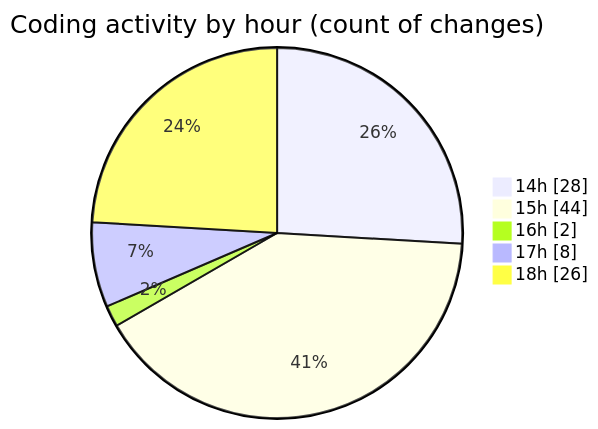
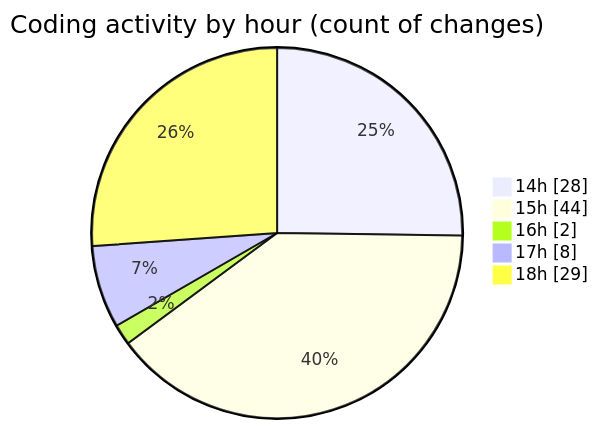
Before and after one commit to Ritupan-Deka/code-tracking: the second of 2 diagrams in 2025-07-01/urlwebwalatask/README.md, drawn with Mermaid. The commit also changed other lines of this file and 1 other file, not shown here.

````diff
--- a/2025-07-01/urlwebwalatask/README.md
+++ b/2025-07-01/urlwebwalatask/README.md
@@ -43,9 +43,9 @@
 ```mermaid
 pie showData
 title Coding activity by hour (count of changes)
 "14h" : 28
 "15h" : 44
 "16h" : 2
 "17h" : 8
-"18h" : 26
+"18h" : 29
 ```
````
